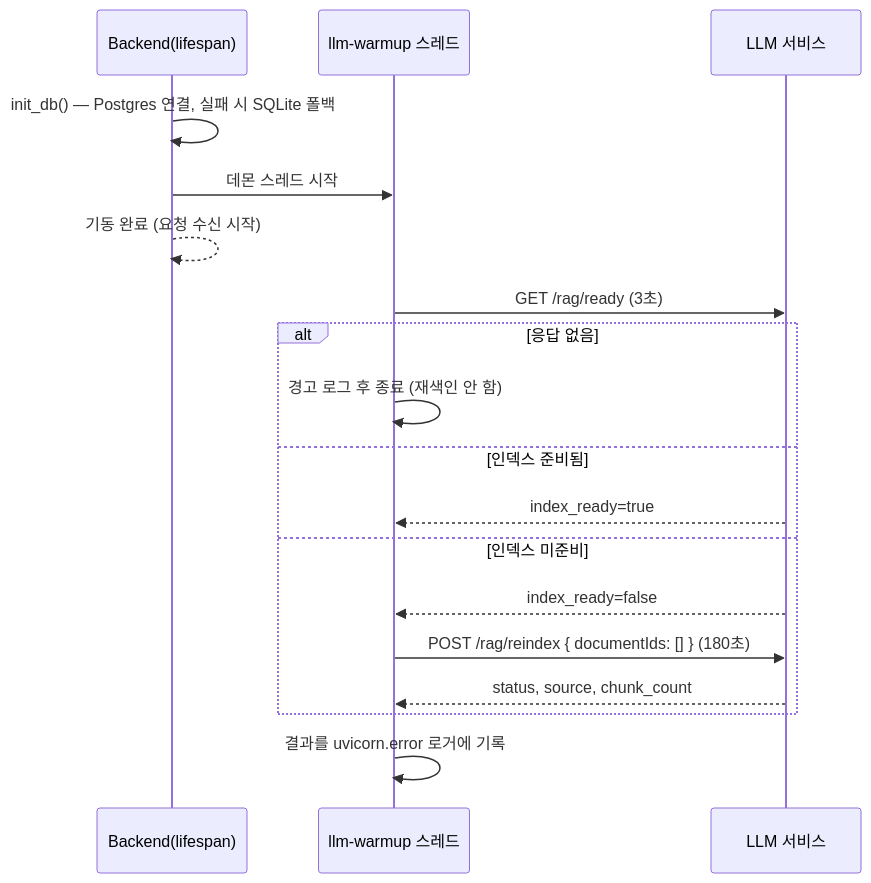
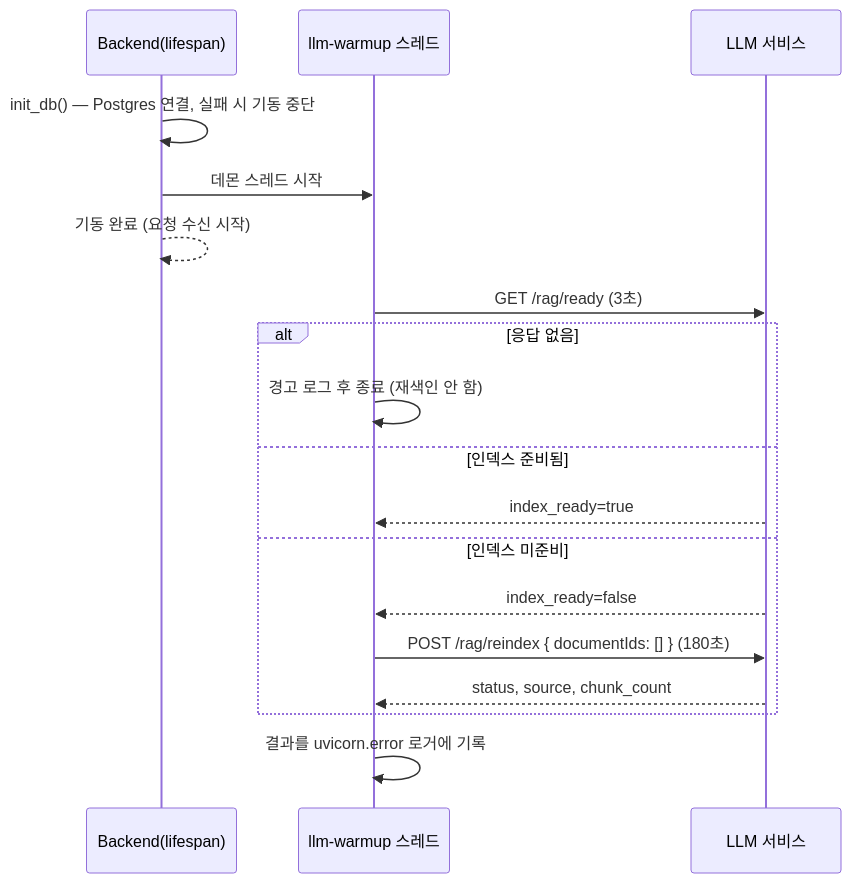
Before and after one commit to SKNETWORKS-FAMILY-AICAMP/SKN34-4th-3Team: the fourth of 4 diagrams in Docs/Design/SEQUENCE.md, drawn with Mermaid. The commit also changed 13 other files, not shown here.

````diff
--- a/Docs/Design/SEQUENCE.md
+++ b/Docs/Design/SEQUENCE.md
@@ -119,21 +119,21 @@
 ```mermaid
 sequenceDiagram
     participant BE as Backend(lifespan)
     participant WU as llm-warmup 스레드
     participant LLM as LLM 서비스
 
-    BE->>BE: init_db() — Postgres 연결, 실패 시 SQLite 폴백
+    BE->>BE: init_db() — Postgres 연결, 실패 시 기동 중단
     BE->>WU: 데몬 스레드 시작
     BE-->>BE: 기동 완료 (요청 수신 시작)
     WU->>LLM: GET /rag/ready (3초)
     alt 응답 없음
         WU->>WU: 경고 로그 후 종료 (재색인 안 함)
     else 인덱스 준비됨
         LLM-->>WU: index_ready=true
     else 인덱스 미준비
         LLM-->>WU: index_ready=false
         WU->>LLM: POST /rag/reindex { documentIds: [] } (180초)
         LLM-->>WU: status, source, chunk_count
     end
     WU->>WU: 결과를 uvicorn.error 로거에 기록
 ```
````
